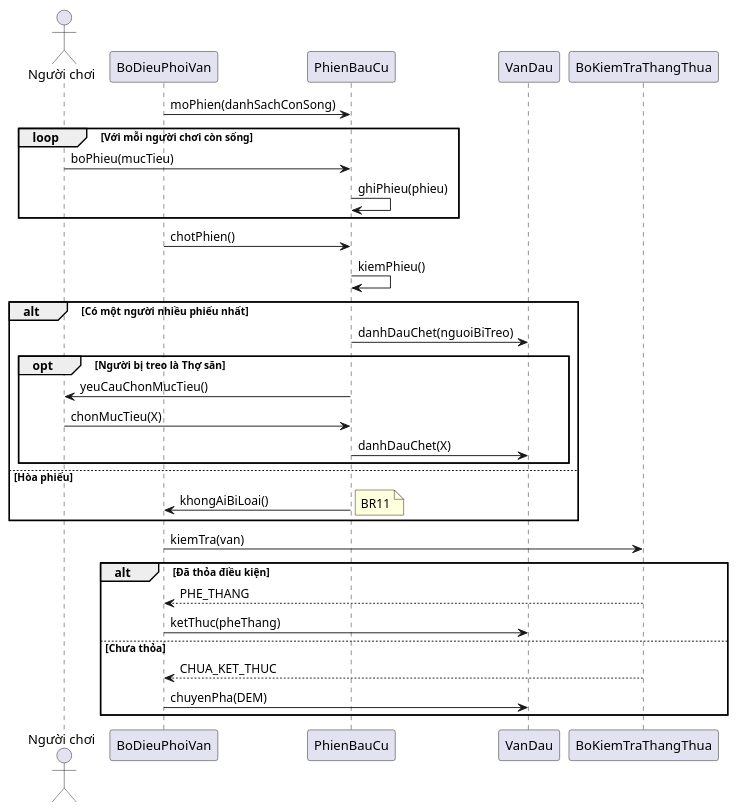
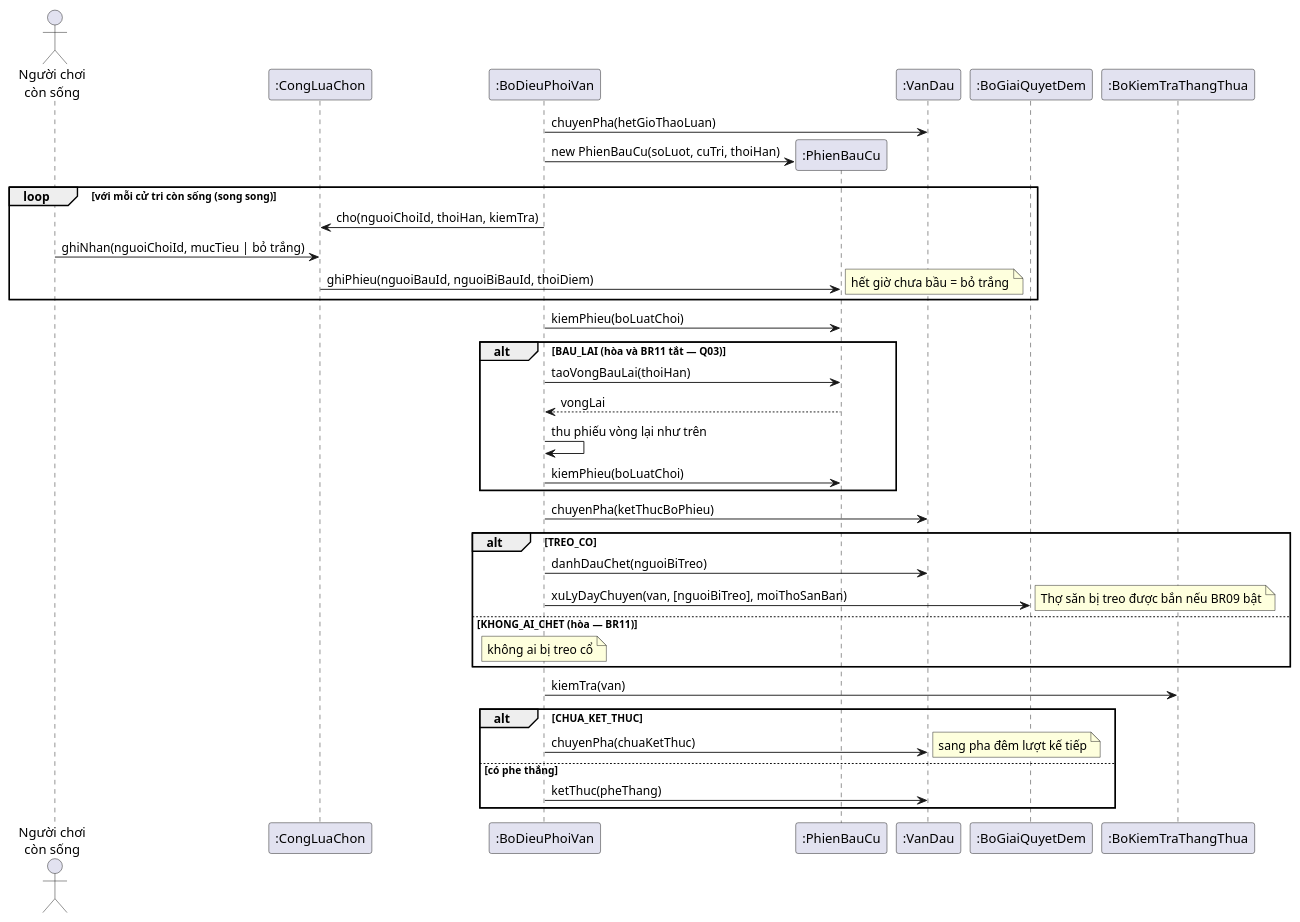
Before and after one commit to AlaVox-lab/WereWolf_Game: the diagram in docs/diagrams/05-sequence-bo-phieu.puml, drawn with PlantUML. The commit also changed other lines of this file and 3 other files, not shown here.

First line of the commit message:
docs(diagrams): vẽ lại sơ đồ tuần tự và trạng thái ván theo mã

```diff
--- a/docs/diagrams/05-sequence-bo-phieu.puml
+++ b/docs/diagrams/05-sequence-bo-phieu.puml
@@ -3,33 +3,42 @@
 @startuml
-actor "Người chơi" as NC
-participant "BoDieuPhoiVan" as DP
-participant "PhienBauCu" as PB
-participant "VanDau" as VD
-participant "BoKiemTraThangThua" as KT
-DP -> PB : moPhien(danhSachConSong)
-loop Với mỗi người chơi còn sống
-  NC -> PB : boPhieu(mucTieu)
-  PB -> PB : ghiPhieu(phieu)
+skinparam sequenceMessageAlign left
+actor "Người chơi\ncòn sống" as NC
+participant ":CongLuaChon" as CL
+participant ":BoDieuPhoiVan" as DP
+participant ":PhienBauCu" as PB
+participant ":VanDau" as VD
+participant ":BoGiaiQuyetDem" as GQ
+participant ":BoKiemTraThangThua" as KT
+
+DP -> VD : chuyenPha(hetGioThaoLuan)
+create PB
+DP -> PB : new PhienBauCu(soLuot, cuTri, thoiHan)
+loop với mỗi cử tri còn sống (song song)
+  DP -> CL : cho(nguoiChoiId, thoiHan, kiemTra)
+  NC -> CL : ghiNhan(nguoiChoiId, mucTieu | bỏ trắng)
+  CL -> PB : ghiPhieu(nguoiBauId, nguoiBiBauId, thoiDiem)
+  note right : hết giờ chưa bầu = bỏ trắng
 end
-DP -> PB : chotPhien()
-PB -> PB : kiemPhieu()
-alt Có một người nhiều phiếu nhất
-  PB -> VD : danhDauChet(nguoiBiTreo)
-  opt Người bị treo là Thợ săn
-    PB -> NC : yeuCauChonMucTieu()
-    NC -> PB : chonMucTieu(X)
-    PB -> VD : danhDauChet(X)
-  end
-else Hòa phiếu
-  PB -> DP : khongAiBiLoai()
-  note right : BR11
+DP -> PB : kiemPhieu(boLuatChoi)
+alt BAU_LAI (hòa và BR11 tắt — Q03)
+  DP -> PB : taoVongBauLai(thoiHan)
+  PB --> DP : vongLai
+  DP -> DP : thu phiếu vòng lại như trên
+  DP -> PB : kiemPhieu(boLuatChoi)
+end
+DP -> VD : chuyenPha(ketThucBoPhieu)
+alt TREO_CO
+  DP -> VD : danhDauChet(nguoiBiTreo)
+  DP -> GQ : xuLyDayChuyen(van, [nguoiBiTreo], moiThoSanBan)
+  note right : Thợ săn bị treo được bắn nếu BR09 bật
+else KHONG_AI_CHET (hòa — BR11)
+  note over DP : không ai bị treo cổ
 end
 DP -> KT : kiemTra(van)
-alt Đã thỏa điều kiện
-  KT --> DP : PHE_THANG
+alt CHUA_KET_THUC
+  DP -> VD : chuyenPha(chuaKetThuc)
+  note right : sang pha đêm lượt kế tiếp
+else có phe thắng
   DP -> VD : ketThuc(pheThang)
-else Chưa thỏa
-  KT --> DP : CHUA_KET_THUC
-  DP -> VD : chuyenPha(DEM)
 end
 @enduml
```
